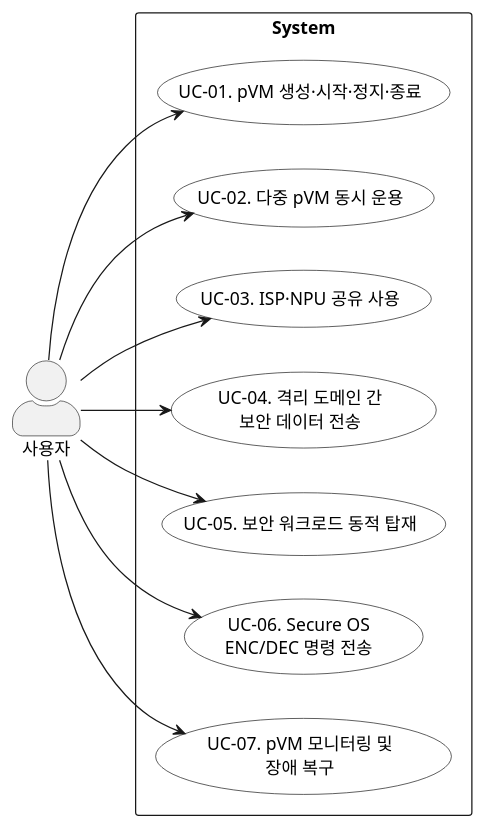
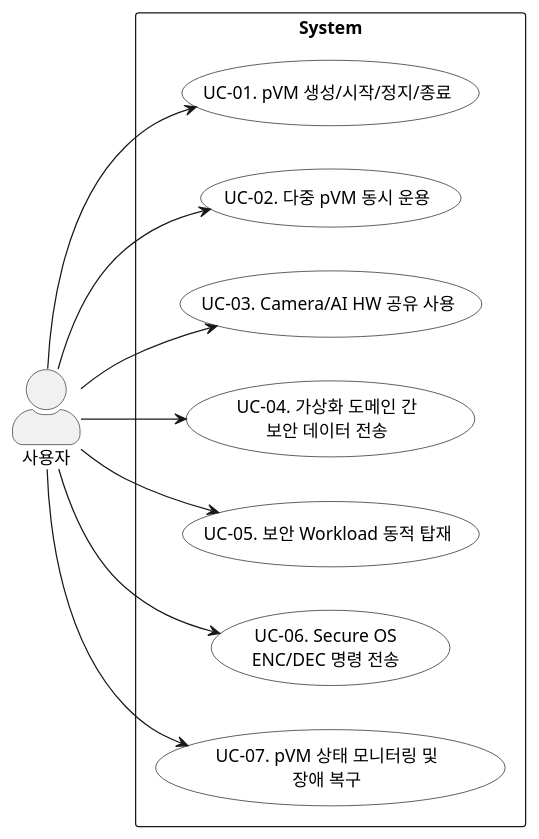
Before and after one commit to boram1288/test-p: the diagram in docs/01_use_case.md, drawn with PlantUML. The commit also changed other lines of this file, not shown here.

Commit message:
Add user scenarios to use case document (UC-01 ~ UC-07)

````diff
--- a/docs/01_use_case.md
+++ b/docs/01_use_case.md
@@ -31,33 +31,32 @@
 ```plantuml
 @startuml
 left to right direction
 skinparam packageStyle rectangle
 skinparam actorStyle awesome
 skinparam usecase {
   BackgroundColor White
   BorderColor Black
 }
 
 actor "사용자" as User
 
 rectangle "System" {
-
-  usecase "UC-01. pVM 생성·시작·정지·종료" as UC01
+  usecase "UC-01. pVM 생성/시작/정지/종료" as UC01
   usecase "UC-02. 다중 pVM 동시 운용" as UC02
-  usecase "UC-03. ISP·NPU 공유 사용" as UC03
-  usecase "UC-04. 격리 도메인 간\n보안 데이터 전송" as UC04
-  usecase "UC-05. 보안 워크로드 동적 탑재" as UC05
+  usecase "UC-03. Camera/AI HW 공유 사용" as UC03
+  usecase "UC-04. 가상화 도메인 간\n보안 데이터 전송" as UC04
+  usecase "UC-05. 보안 Workload 동적 탑재" as UC05
   usecase "UC-06. Secure OS\nENC/DEC 명령 전송" as UC06
-  usecase "UC-07. pVM 모니터링 및\n장애 복구" as UC07
+  usecase "UC-07. pVM 상태 모니터링 및\n장애 복구" as UC07
 }
 
+User --> UC07
 User --> UC01
 User --> UC02
 User --> UC03
 User --> UC04
 User --> UC05
 User --> UC06
-User --> UC07
 
 @enduml
 ```
````
